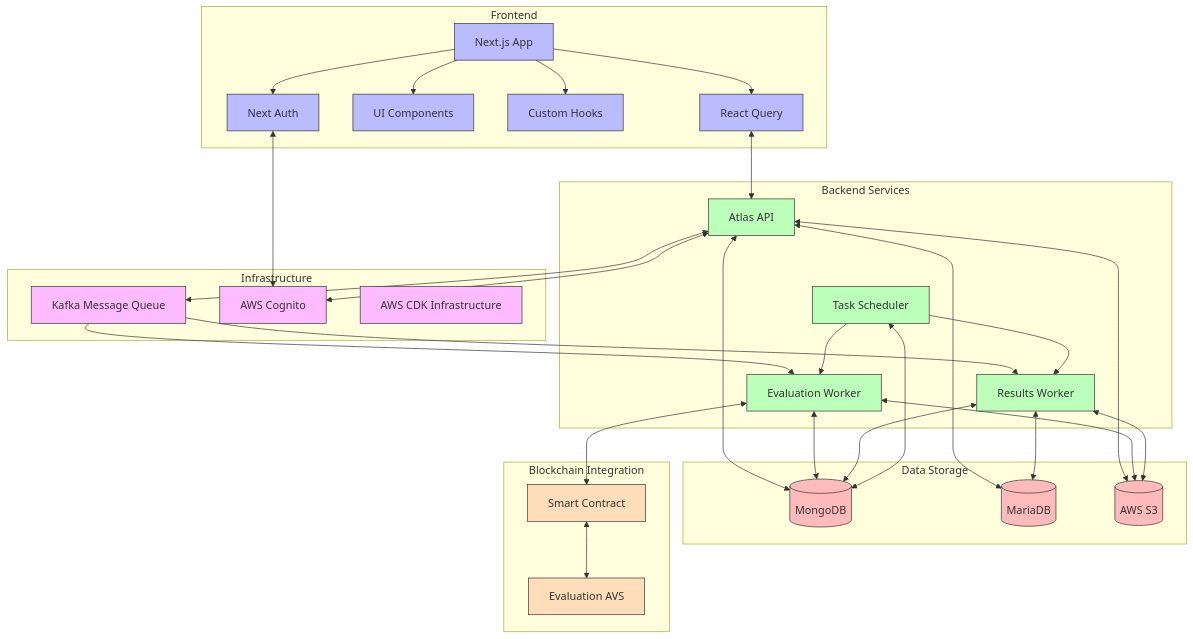
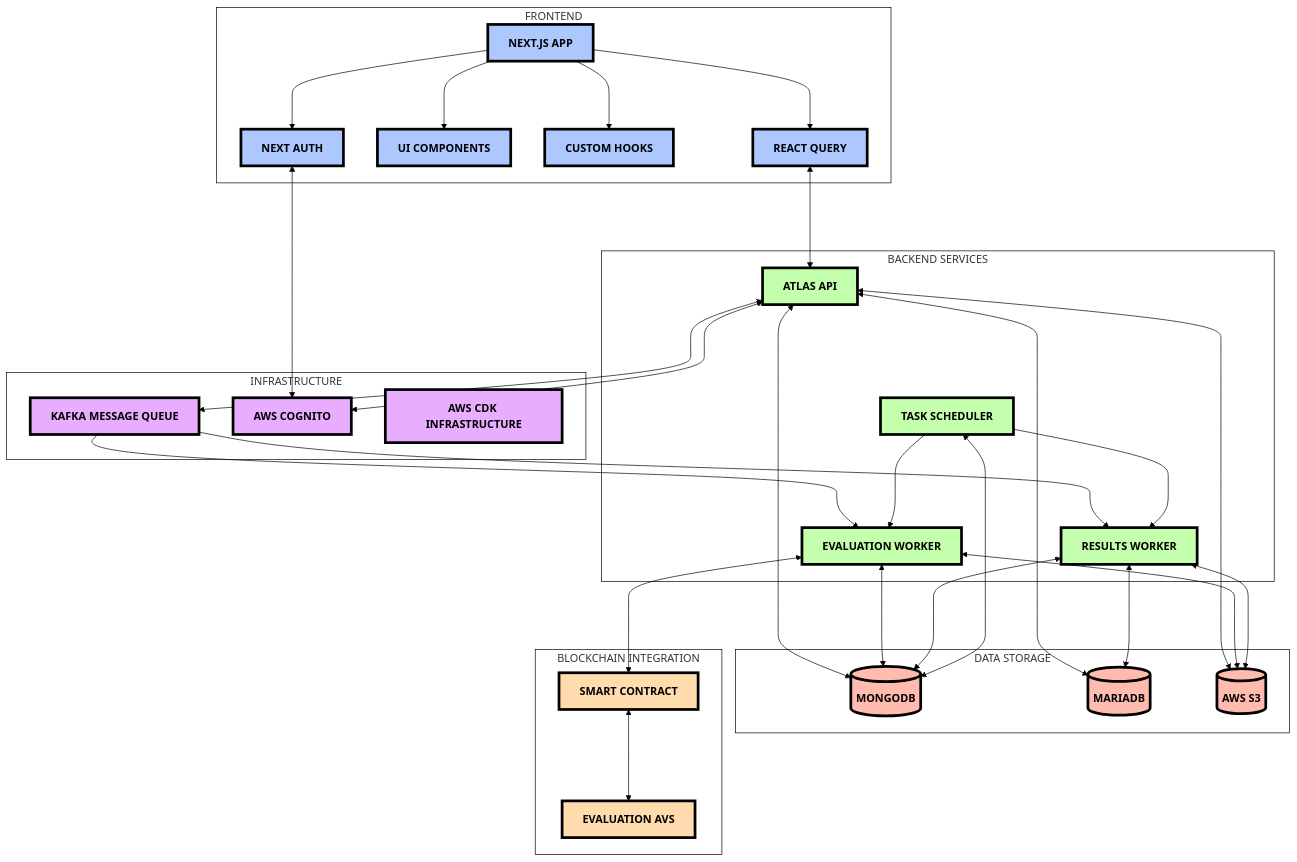
Before and after one commit to k-g-j/ll-sequence-diagrams: the fifth of 5 diagrams in atlas-app-sequence-diagram.md, drawn with Mermaid. The commit also changed 2 other files, not shown here.

Commit message:
Improve diagram text readability in markdown files with bold text and ALL CAPS

````diff
--- a/atlas-app-sequence-diagram.md
+++ b/atlas-app-sequence-diagram.md
@@ -226,80 +226,83 @@
 ```mermaid
+%%{init: { 'theme': 'neutral', 'fontFamily': 'Arial', 'fontSize': 16, 'fontWeight': 900, 'themeVariables': { 'background': '#ffffff', 'primaryColor': '#adc8ff', 'primaryTextColor': '#000000', 'primaryBorderColor': '#000000', 'lineColor': '#000000', 'secondaryColor': '#c4ffad', 'secondaryTextColor': '#000000', 'secondaryBorderColor': '#000000', 'tertiaryColor': '#ffbbad', 'tertiaryTextColor': '#000000', 'tertiaryBorderColor': '#000000', 'noteTextColor': '#000000', 'nodeBorder': '#000000', 'mainBkg': '#ffffff', 'nodeTextColor': '#000000', 'labelTextColor': '#000000', 'clusterBkg': '#ffffff', 'clusterBorder': '#000000', 'edgeLabelBackground': '#ffffff' } } }%%
 flowchart TB
-    subgraph "Frontend" 
-        NextApp[Next.js App]
-        ReactQuery[React Query]
-        Components[UI Components]
-        Hooks[Custom Hooks]
-        Auth[Next Auth]
+    subgraph FrontendGroup["FRONTEND"]
+        NextApp["NEXT.JS APP"]
+        ReactQuery["REACT QUERY"]
+        Components["UI COMPONENTS"]
+        Hooks["CUSTOM HOOKS"]
+        Auth["NEXT AUTH"]
     end
     
-    subgraph "Backend Services"
-        API[Atlas API]
-        Worker[Evaluation Worker]
-        ResultsWorker[Results Worker]
-        Scheduler[Task Scheduler]
+    subgraph BackendGroup["BACKEND SERVICES"]
+        API["ATLAS API"]
+        Worker["EVALUATION WORKER"]
+        ResultsWorker["RESULTS WORKER"]
+        Scheduler["TASK SCHEDULER"]
     end
     
-    subgraph "Data Storage"
-        MongoDB[(MongoDB)]
-        MariaDB[(MariaDB)]
-        S3[(AWS S3)]
+    subgraph StorageGroup["DATA STORAGE"]
+        MongoDB[("MONGODB")]
+        MariaDB[("MARIADB")]
+        S3[("AWS S3")]
     end
     
-    subgraph "Infrastructure"
-        Kafka[Kafka Message Queue]
-        Cognito[AWS Cognito]
-        CDK[AWS CDK Infrastructure]
+    subgraph InfraGroup["INFRASTRUCTURE"]
+        Kafka["KAFKA MESSAGE QUEUE"]
+        Cognito["AWS COGNITO"]
+        CDK["AWS CDK INFRASTRUCTURE"]
     end
     
-    subgraph "Blockchain Integration"
-        Contract[Smart Contract]
-        AVS[Evaluation AVS]
+    subgraph BlockchainGroup["BLOCKCHAIN INTEGRATION"]
+        Contract["SMART CONTRACT"]
+        AVS["EVALUATION AVS"]
     end
     
-    %% Frontend connections
-    NextApp --> ReactQuery
-    NextApp --> Components
-    NextApp --> Hooks
-    NextApp --> Auth
-    Auth <--> Cognito
-    ReactQuery <--> API
+    %% Frontend connections with thicker lines
+    NextApp ---> ReactQuery
+    NextApp ---> Components
+    NextApp ---> Hooks
+    NextApp ---> Auth
+    Auth <---> Cognito
+    ReactQuery <---> API
     
     %% Backend connections
-    API <--> MongoDB
-    API <--> MariaDB
-    API <--> S3
-    API <--> Kafka
-    API <--> Cognito
+    API <---> MongoDB
+    API <---> MariaDB
+    API <---> S3
+    API <---> Kafka
+    API <---> Cognito
     
-    Kafka --> Worker
-    Kafka --> ResultsWorker
+    Kafka ---> Worker
+    Kafka ---> ResultsWorker
     
-    Worker <--> MongoDB
-    Worker <--> S3
-    Worker <--> Contract
+    Worker <---> MongoDB
+    Worker <---> S3
+    Worker <---> Contract
     
-    ResultsWorker <--> MongoDB
-    ResultsWorker <--> MariaDB
-    ResultsWorker <--> S3
+    ResultsWorker <---> MongoDB
+    ResultsWorker <---> MariaDB
+    ResultsWorker <---> S3
     
-    Scheduler --> Worker
-    Scheduler --> ResultsWorker
-    Scheduler <--> MongoDB
+    Scheduler ---> Worker
+    Scheduler ---> ResultsWorker
+    Scheduler <---> MongoDB
     
     %% Blockchain connections
-    Contract <--> AVS
+    Contract <---> AVS
     
-    %% Classification styling
-    classDef frontend fill:#bbf,stroke:#333,stroke-width:1px
-    classDef backend fill:#bfb,stroke:#333,stroke-width:1px
-    classDef storage fill:#fbb,stroke:#333,stroke-width:1px
-    classDef infra fill:#fbf,stroke:#333,stroke-width:1px
-    classDef blockchain fill:#fdb,stroke:#333,stroke-width:1px
+    %% Classification styling with darker colors and thicker borders
+    classDef frontend fill:#adc8ff,stroke:#000000,stroke-width:4px,color:#000000,font-weight:900,text-transform:uppercase
+    classDef backend fill:#c4ffad,stroke:#000000,stroke-width:4px,color:#000000,font-weight:900,text-transform:uppercase
+    classDef storage fill:#ffbbad,stroke:#000000,stroke-width:4px,color:#000000,font-weight:900,text-transform:uppercase
+    classDef infra fill:#e9adff,stroke:#000000,stroke-width:4px,color:#000000,font-weight:900,text-transform:uppercase
+    classDef blockchain fill:#ffdbad,stroke:#000000,stroke-width:4px,color:#000000,font-weight:900,text-transform:uppercase
     
     class NextApp,ReactQuery,Components,Hooks,Auth frontend
     class API,Worker,ResultsWorker,Scheduler backend
     class MongoDB,MariaDB,S3 storage
     class Kafka,Cognito,CDK infra
     class Contract,AVS blockchain
+    
+    class FrontendGroup,BackendGroup,StorageGroup,InfraGroup,BlockchainGroup darkText
 ```
````
